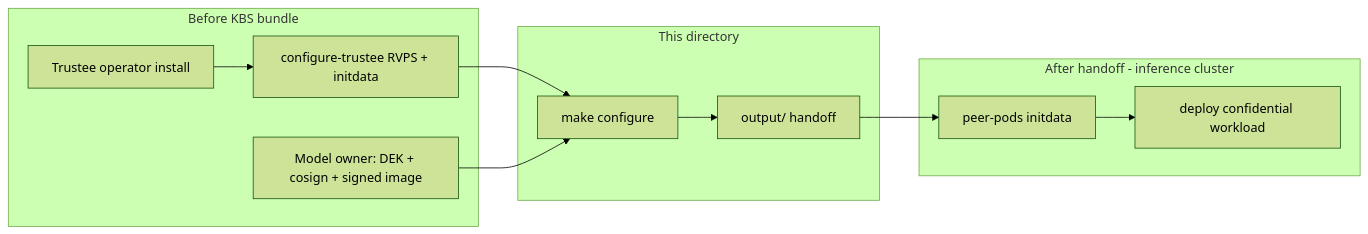
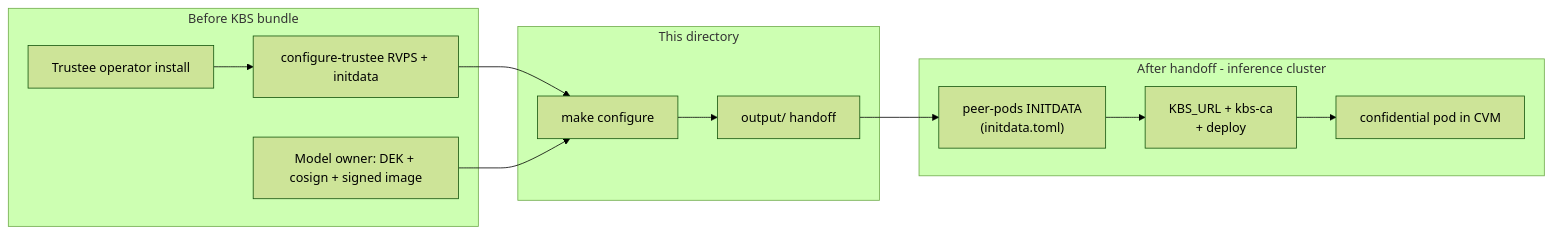
The second of 2 diagrams in kbs-tee-attestation/README.md (lkatalin/attestation-demo), drawn with Mermaid (forest theme) before and after one commit. The commit also changed other lines of this file and 1 other file, not shown here.

````diff
--- a/kbs-tee-attestation/README.md
+++ b/kbs-tee-attestation/README.md
@@ -111,19 +261,20 @@
 ```mermaid
 flowchart LR
   subgraph before [Before KBS bundle]
     A[Trustee operator install]
     B[configure-trustee RVPS + initdata]
     C[Model owner: DEK + cosign + signed image]
   end
   subgraph kbs [This directory]
     D[make configure]
     E[output/ handoff]
   end
   subgraph after [After handoff - inference cluster]
-    F[peer-pods initdata]
-    G[deploy confidential workload]
+    F["peer-pods INITDATA\n(initdata.toml)"]
+    G["KBS_URL + kbs-ca\n+ deploy"]
+    H[confidential pod in CVM]
   end
   A --> B --> D
   C --> D
-  D --> E --> F --> G
+  D --> E --> F --> G --> H
 ```
````
